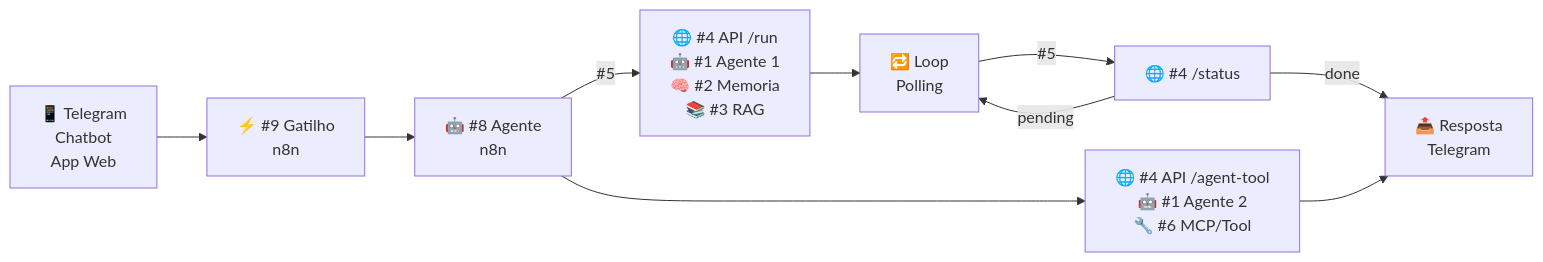
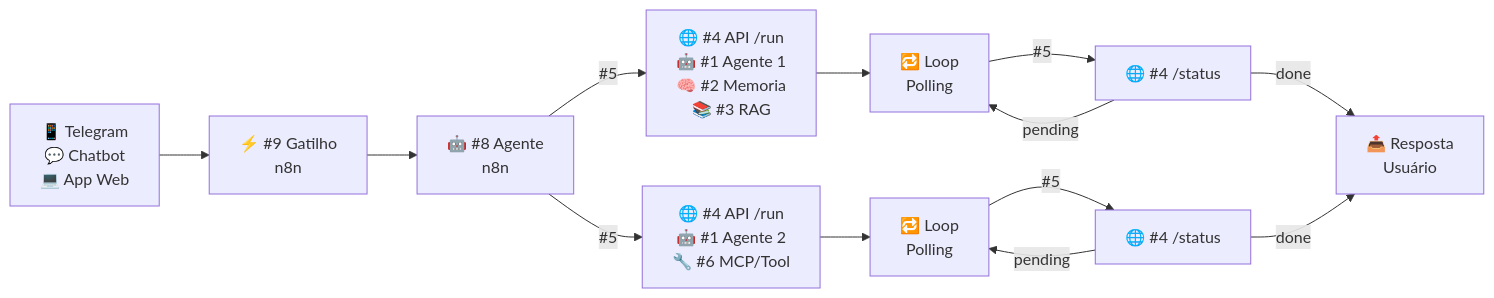
Before and after one commit to jcguimaraesnet/course-intelligent-agents: the first of 2 diagrams in pages/block-project/slide-etapa1-5.md, drawn with Mermaid.

Commit message:
docs: padronizar polling do agente 2 e ajustar icones e rotulo de resposta no diagrama

````diff
--- a/pages/block-project/slide-etapa1-5.md
+++ b/pages/block-project/slide-etapa1-5.md
@@ -46,14 +46,17 @@
 ```mermaid {theme: 'dark'}
 flowchart LR
-    UI["📱 Telegram<br/>Chatbot<br/>App Web"] --> Trigger["⚡ #9 Gatilho<br/>n8n"]
+    UI["📱 Telegram<br/>💬 Chatbot<br/>💻 App Web"] --> Trigger["⚡ #9 Gatilho<br/>n8n"]
     Trigger --> AgentN8N["🤖 #8 Agente<br/>n8n"]
 
     AgentN8N -->|"#5"| API1["🌐 #4 API /run<br/>🤖 #1 Agente 1<br/>🧠 #2 Memoria<br/>📚 #3 RAG"]
     API1 --> Loop1["🔁 Loop<br/>Polling"]
     Loop1 -->|"#5"| Status1["🌐 #4 /status"]
     Status1 -->|"pending"| Loop1
-    Status1 -->|"done"| Response["📤 Resposta<br/>Telegram"]
+    Status1 -->|"done"| Response["📤 Resposta<br/>Usuário"]
 
-    AgentN8N --> API2["🌐 #4 API /agent-tool<br/>🤖 #1 Agente 2<br/>🔧 #6 MCP/Tool"]
-    API2 --> Response
+    AgentN8N -->|"#5"| API2["🌐 #4 API /run<br/>🤖 #1 Agente 2<br/>🔧 #6 MCP/Tool"]
+    API2 --> Loop2["🔁 Loop<br/>Polling"]
+    Loop2 -->|"#5"| Status2["🌐 #4 /status"]
+    Status2 -->|"pending"| Loop2
+    Status2 -->|"done"| Response
 ```
````
